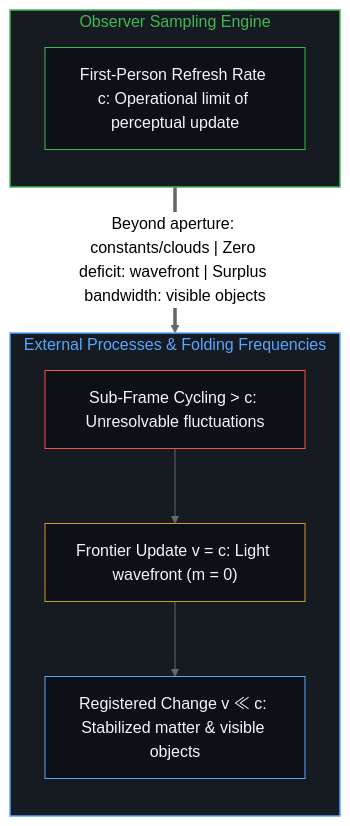
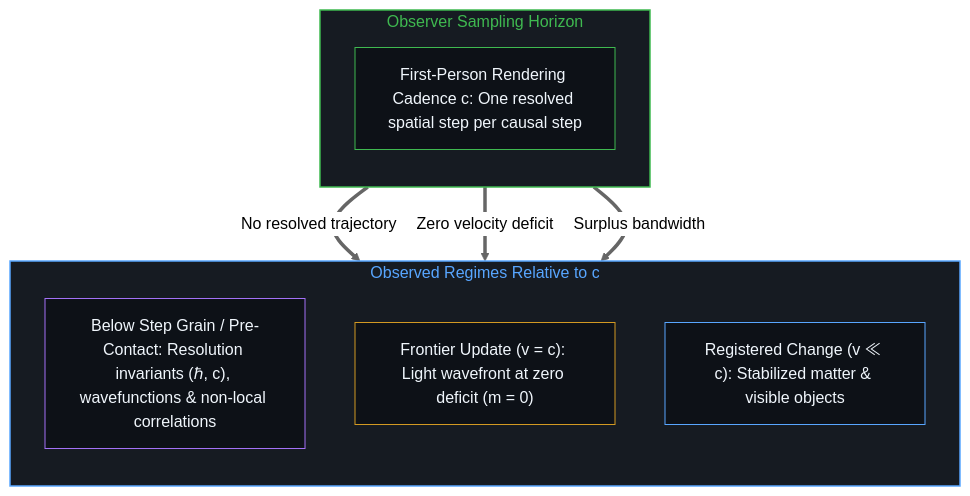
The fourth of 10 diagrams in content/posts/the-velocity-of-visibility.md (powerpig99/not-a-toe), drawn with Mermaid (neutral theme) before and after one commit. The commit also changed other lines of this file and 6 other files, not shown here.

````diff
--- a/content/posts/the-velocity-of-visibility.md
+++ b/content/posts/the-velocity-of-visibility.md
@@ -93,21 +94,22 @@
 ```mermaid
 flowchart TD
-    subgraph S_Observer["Observer Sampling Engine"]
+    subgraph S_Observer["Observer Sampling Horizon"]
         direction TB
-        SamplingRate["First-Person Refresh Rate c: Operational limit of perceptual update"]
+        SamplingRate["First-Person Rendering Cadence c: One resolved spatial step per causal step"]
     end
-    subgraph S_External["External Processes & Folding Frequencies"]
+    subgraph S_Regimes["Observed Regimes Relative to c"]
         direction TB
-        FasterThanC["Sub-Frame Cycling > c: Unresolvable fluctuations"]
-        EqualC["Frontier Update v = c: Light wavefront (m = 0)"]
-        SlowerThanC["Registered Change v ≪ c: Stabilized matter & visible objects"]
-        FasterThanC --> EqualC --> SlowerThanC
+        SubStep["Below Step Grain / Pre-Contact: Resolution invariants (ℏ, c), wavefunctions & non-local correlations"]
+        EqualC["Frontier Update (v = c): Light wavefront at zero deficit (m = 0)"]
+        SlowerThanC["Registered Change (v ≪ c): Stabilized matter & visible objects"]
     end
-    SamplingRate ==>|"Beyond aperture: constants/clouds | Zero deficit: wavefront | Surplus bandwidth: visible objects"| FasterThanC
+    SamplingRate ==>|"No resolved trajectory"| SubStep
+    SamplingRate ==>|"Zero velocity deficit"| EqualC
+    SamplingRate ==>|"Surplus bandwidth"| SlowerThanC
     style S_Observer fill:#161b22,stroke:#3fb950,stroke-width:1.5px,color:#3fb950
-    style S_External fill:#161b22,stroke:#58a6ff,stroke-width:1.5px,color:#58a6ff
+    style S_Regimes fill:#161b22,stroke:#58a6ff,stroke-width:1.5px,color:#58a6ff
     style SamplingRate fill:#0d1117,stroke:#3fb950,stroke-width:1px,color:#f0f6fc
-    style FasterThanC fill:#0d1117,stroke:#f85149,stroke-width:1px,color:#f0f6fc
+    style SubStep fill:#0d1117,stroke:#a371f7,stroke-width:1px,color:#f0f6fc
     style EqualC fill:#0d1117,stroke:#d29922,stroke-width:1px,color:#f0f6fc
     style SlowerThanC fill:#0d1117,stroke:#58a6ff,stroke-width:1px,color:#f0f6fc
 ```
````
